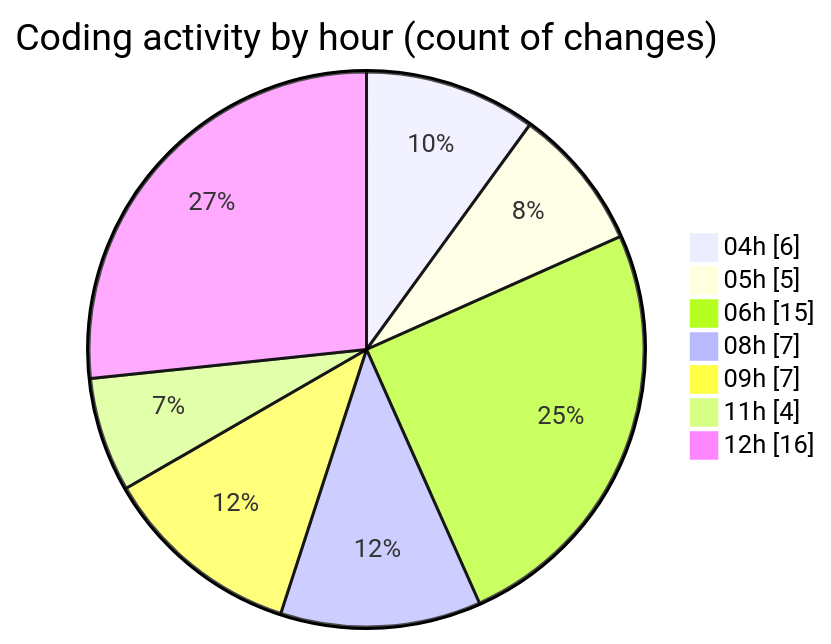
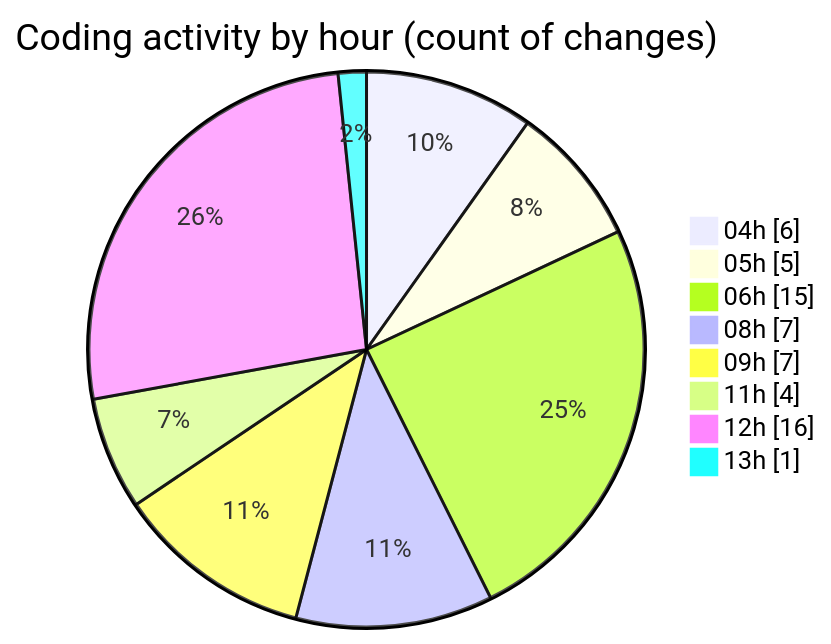
The second of 2 diagrams in 2025-03-23/zeytoon/README.md (vahidmafi/code-tracking), drawn with Mermaid before and after one commit. The commit also changed other lines of this file and 1 other file, not shown here.

````diff
--- a/2025-03-23/zeytoon/README.md
+++ b/2025-03-23/zeytoon/README.md
@@ -43,11 +45,12 @@
 ```mermaid
 pie showData
 title Coding activity by hour (count of changes)
 "04h" : 6
 "05h" : 5
 "06h" : 15
 "08h" : 7
 "09h" : 7
 "11h" : 4
 "12h" : 16
+"13h" : 1
 ```
````
